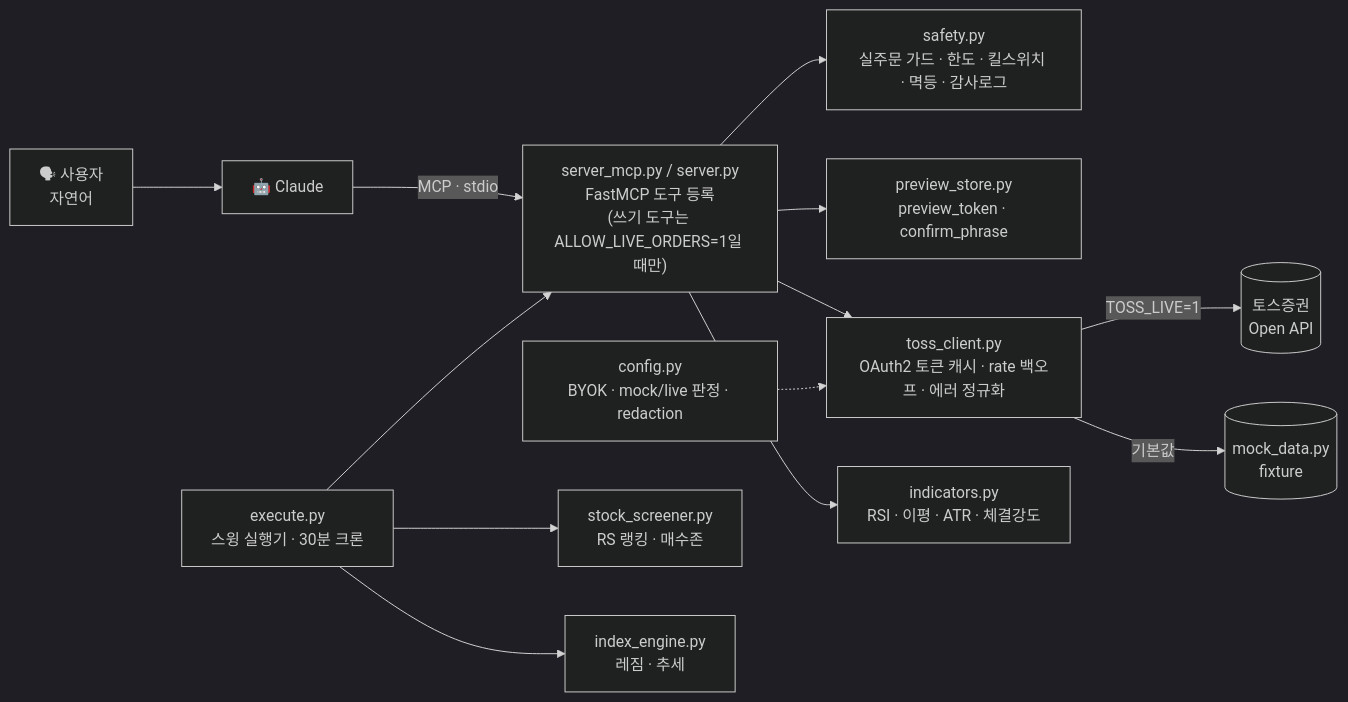
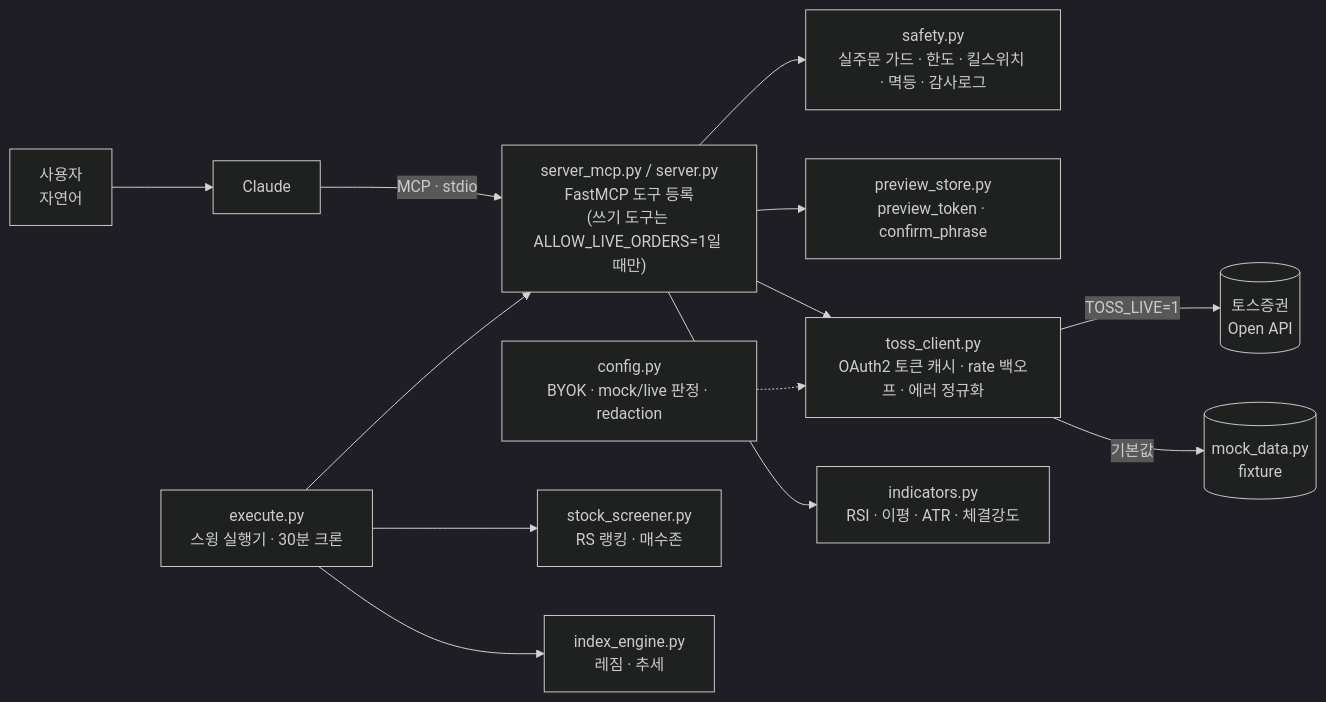
Before and after one commit to khwee2000/toss-mcp: the first of 2 diagrams in README.md, drawn with Mermaid (dark theme). The commit also changed other lines of this file, not shown here.

````diff
--- a/README.md
+++ b/README.md
@@ -55,15 +52,15 @@
 ```mermaid
 flowchart LR
-    U["🗣 사용자<br/>자연어"] --> C["🤖 Claude"]
+    U["사용자<br/>자연어"] --> C["Claude"]
     C -- "MCP · stdio" --> S["server_mcp.py / server.py<br/>FastMCP 도구 등록<br/>(쓰기 도구는 ALLOW_LIVE_ORDERS=1일 때만)"]
     S --> SF["safety.py<br/>실주문 가드 · 한도 · 킬스위치 · 멱등 · 감사로그"]
     S --> PS["preview_store.py<br/>preview_token · confirm_phrase"]
     S --> CL["toss_client.py<br/>OAuth2 토큰 캐시 · rate 백오프 · 에러 정규화"]
     S --> IN["indicators.py<br/>RSI · 이평 · ATR · 체결강도"]
     CFG["config.py<br/>BYOK · mock/live 판정 · redaction"] -.-> CL
     CL -- "TOSS_LIVE=1" --> API[("토스증권<br/>Open API")]
     CL -- "기본값" --> M[("mock_data.py<br/>fixture")]
     EX["execute.py<br/>스윙 실행기 · 30분 크론"] --> S
     EX --> SC["stock_screener.py<br/>RS 랭킹 · 매수존"]
     EX --> IE["index_engine.py<br/>레짐 · 추세"]
 ```
````
